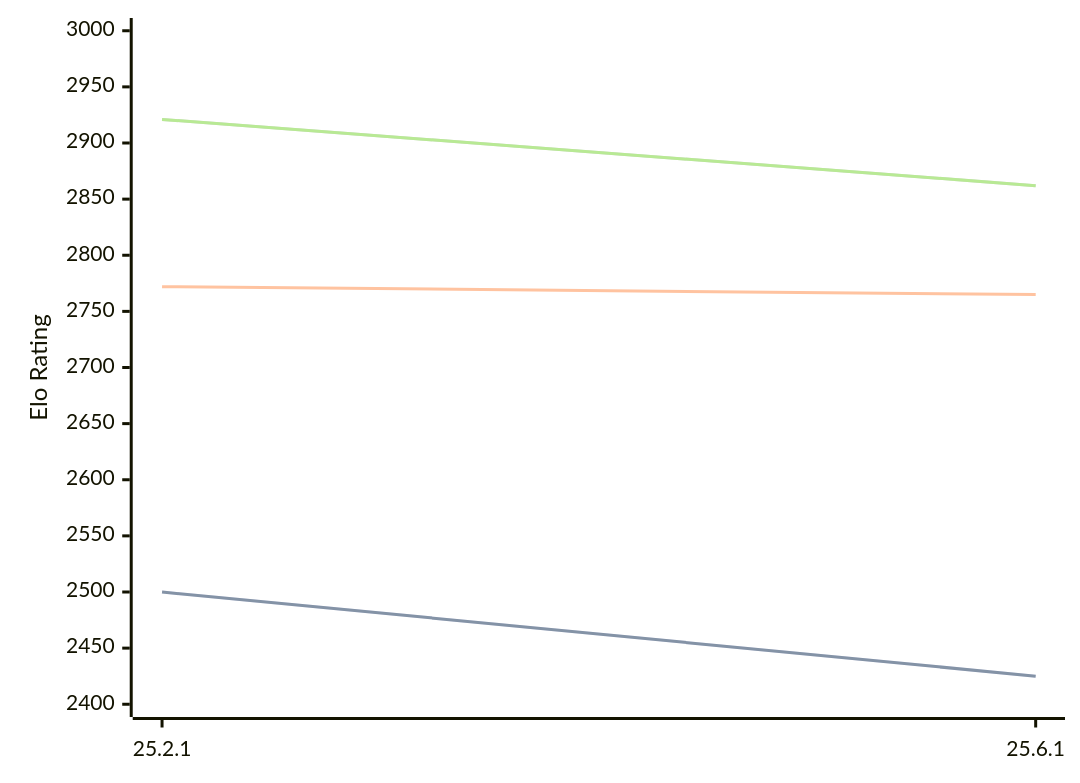
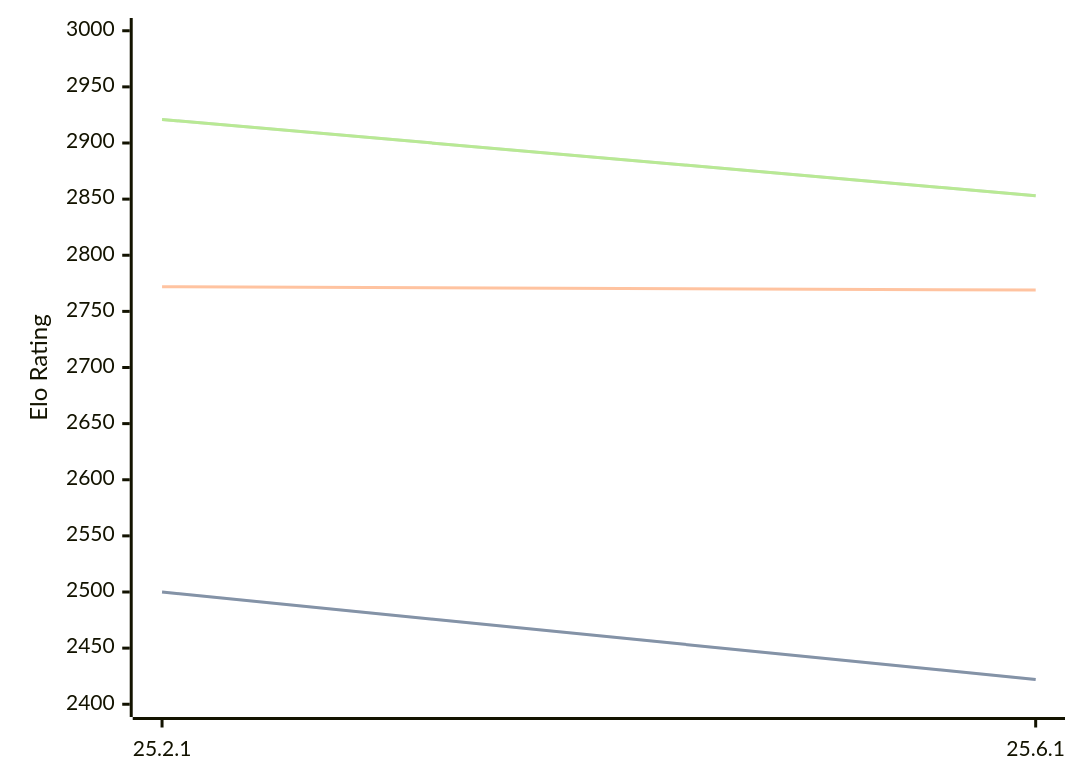
One commit to computer-chess-index/cci changed the third of 3 diagrams in engines/Crafty.md. Above: the diagram before and after it, drawn with Mermaid. The commit also changed other lines of this file, not shown here.

Commit message:
Update CCI Ratings (ELO VLTC) - 2026-07-03

````diff
--- a/engines/Crafty.md
+++ b/engines/Crafty.md
@@ -65,11 +65,11 @@
 ```mermaid
 %%{init: {"theme":"base","themeVariables":{"seriesColors:['#a3a3a3','#222221','#faa371']}}}%%
 xychart-beta
   x-axis ["25.2.1", "25.6.1"]
   y-axis "Elo Rating" 2400 --> 3000
-  line "STC (8.0+0.08s)" [2500, 2425]
-  line "STC (8.0+0.08s)" [2500, 2425]
-  line "LTC (60.0+0.60s)" [2772, 2765]
-  line "VLTC (2m24s+1.12s)" [2921, 2862]
-  line "VLTC (2m24s+1.12s)" [2921, 2862]
+  line "STC (8.0+0.08s)" [2500, 2422]
+  line "STC (8.0+0.08s)" [2500, 2422]
+  line "LTC (60.0+0.60s)" [2772, 2769]
+  line "VLTC (2m24s+1.12s)" [2921, 2853]
+  line "VLTC (2m24s+1.12s)" [2921, 2853]
 ```
````
